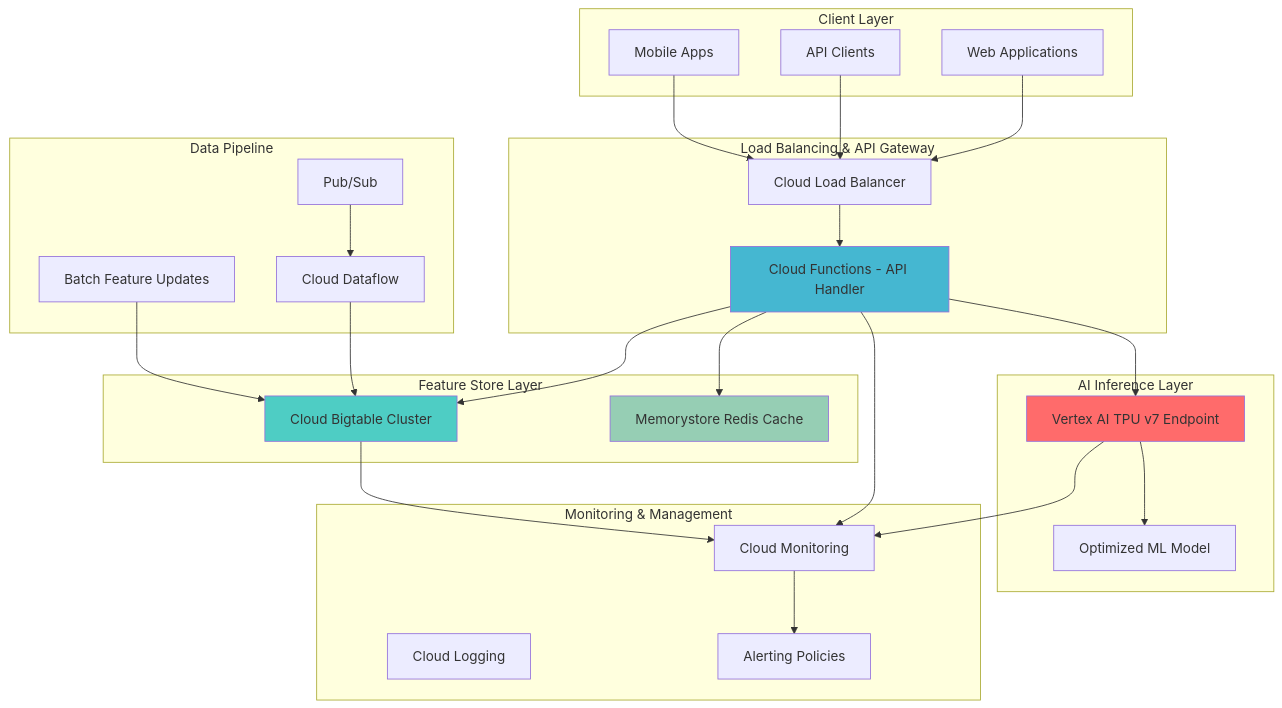
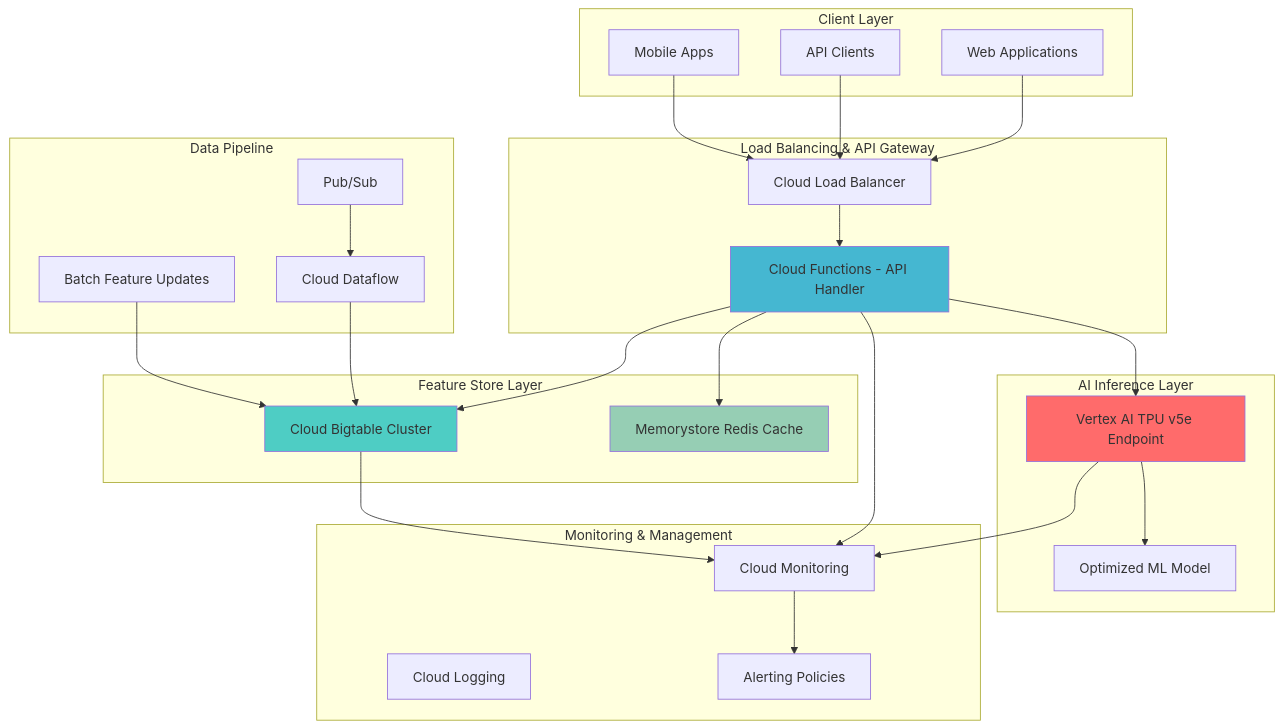
Before and after one commit to mzazon/awesome-cloud-projects: the diagram in gcp/high-performance-ai-inference-pipelines-cloud-bigtable-tpu/high-performance-ai-inference-pipelines-cloud-bigtable-tpu.md, drawn with Mermaid. The commit also changed other lines of this file and 5581 other files, not shown here.

````diff
--- a/gcp/high-performance-ai-inference-pipelines-cloud-bigtable-tpu/high-performance-ai-inference-pipelines-cloud-bigtable-tpu.md
+++ b/gcp/high-performance-ai-inference-pipelines-cloud-bigtable-tpu/high-performance-ai-inference-pipelines-cloud-bigtable-tpu.md
@@ -30,57 +30,57 @@
 ```mermaid
 graph TB
     subgraph "Client Layer"
         WEB[Web Applications]
         API[API Clients]
         MOBILE[Mobile Apps]
     end
     
     subgraph "Load Balancing & API Gateway"
         LB[Cloud Load Balancer]
         CF[Cloud Functions - API Handler]
     end
     
     subgraph "Feature Store Layer"
         BT[Cloud Bigtable Cluster]
         CACHE[Memorystore Redis Cache]
     end
     
     subgraph "AI Inference Layer"
-        TPU[Vertex AI TPU v7 Endpoint]
+        TPU[Vertex AI TPU v5e Endpoint]
         MODEL[Optimized ML Model]
     end
     
     subgraph "Monitoring & Management"
         MON[Cloud Monitoring]
         LOG[Cloud Logging]
         ALERT[Alerting Policies]
     end
     
     subgraph "Data Pipeline"
         STREAM[Cloud Dataflow]
         PUBSUB[Pub/Sub]
         BATCH[Batch Feature Updates]
     end
     
     WEB --> LB
     API --> LB
     MOBILE --> LB
     LB --> CF
     CF --> CACHE
     CF --> BT
     CF --> TPU
     TPU --> MODEL
     STREAM --> BT
     PUBSUB --> STREAM
     BATCH --> BT
     
     CF --> MON
     BT --> MON
     TPU --> MON
     MON --> ALERT
     
     style TPU fill:#FF6B6B
     style BT fill:#4ECDC4
     style CF fill:#45B7D1
     style CACHE fill:#96CEB4
 ```
````
